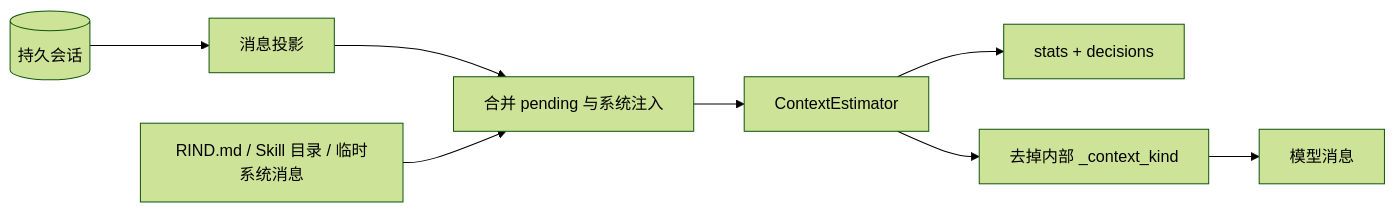
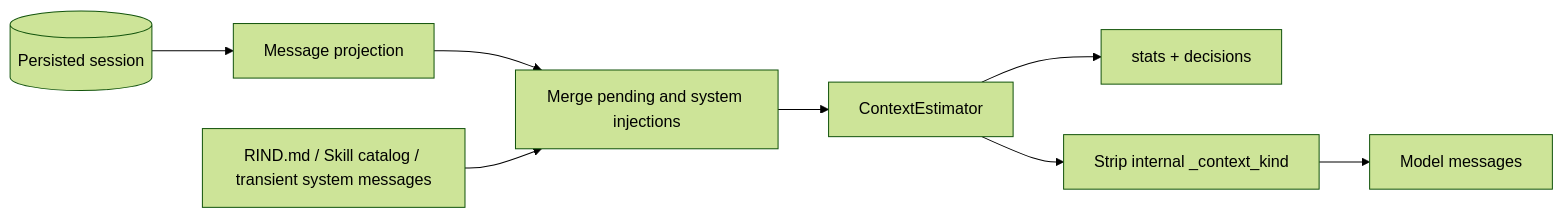
Before and after one commit to Azzurroooo/rind: the diagram in docs/internals/02-context/context-manager.md, drawn with Mermaid (forest theme). The commit also changed other lines of this file and 109 other files, not shown here.

```diff
--- a/docs/internals/02-context/context-manager.md
+++ b/docs/internals/02-context/context-manager.md
@@ -5,10 +7,10 @@
 ~~~mermaid
 flowchart LR
-    STORE[("持久会话")] --> PROJECT["消息投影"]
-    PROJECT --> MERGE["合并 pending 与系统注入"]
-    DOC["RIND.md / Skill 目录 / 临时系统消息"] --> MERGE
+    STORE[("Persisted session")] --> PROJECT["Message projection"]
+    PROJECT --> MERGE["Merge pending and system injections"]
+    DOC["RIND.md / Skill catalog / transient system messages"] --> MERGE
     MERGE --> EST["ContextEstimator"]
     EST --> STATS["stats + decisions"]
-    EST --> STRIP["去掉内部 _context_kind"]
-    STRIP --> MODEL["模型消息"]
+    EST --> STRIP["Strip internal _context_kind"]
+    STRIP --> MODEL["Model messages"]
 ~~~
```
